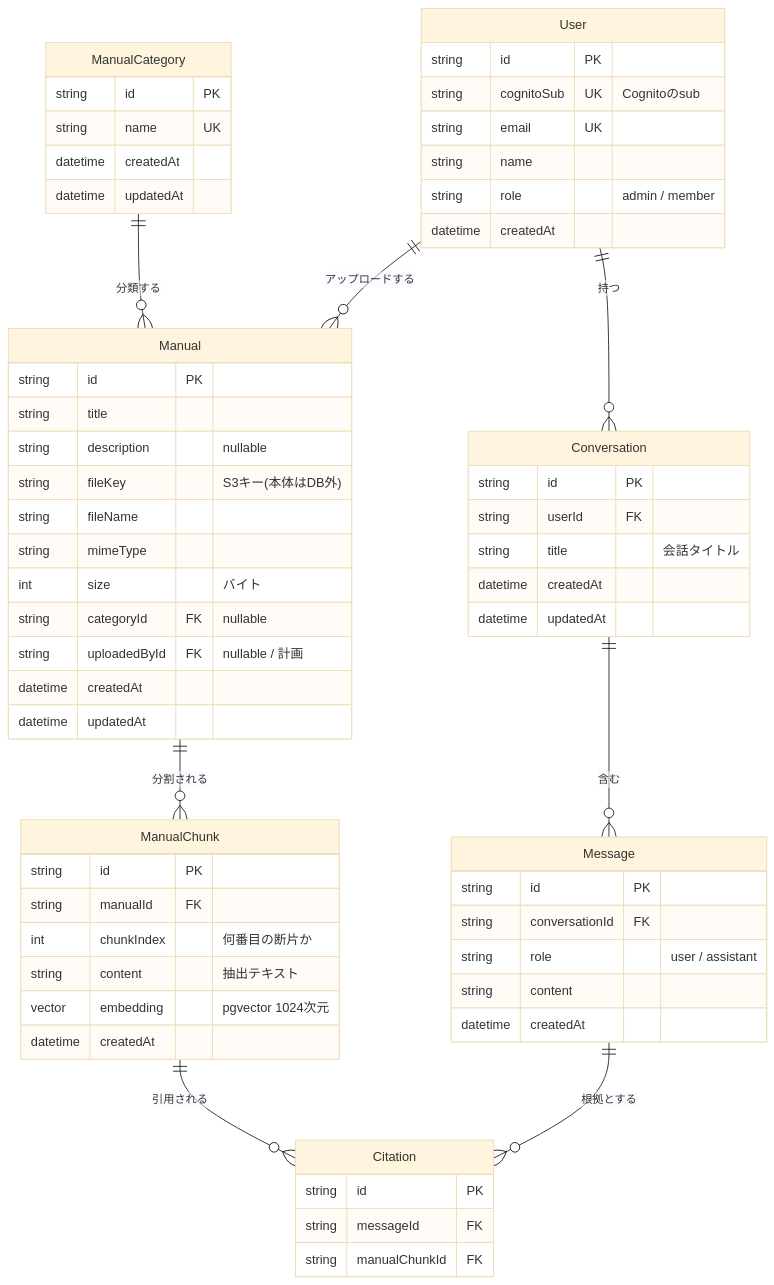
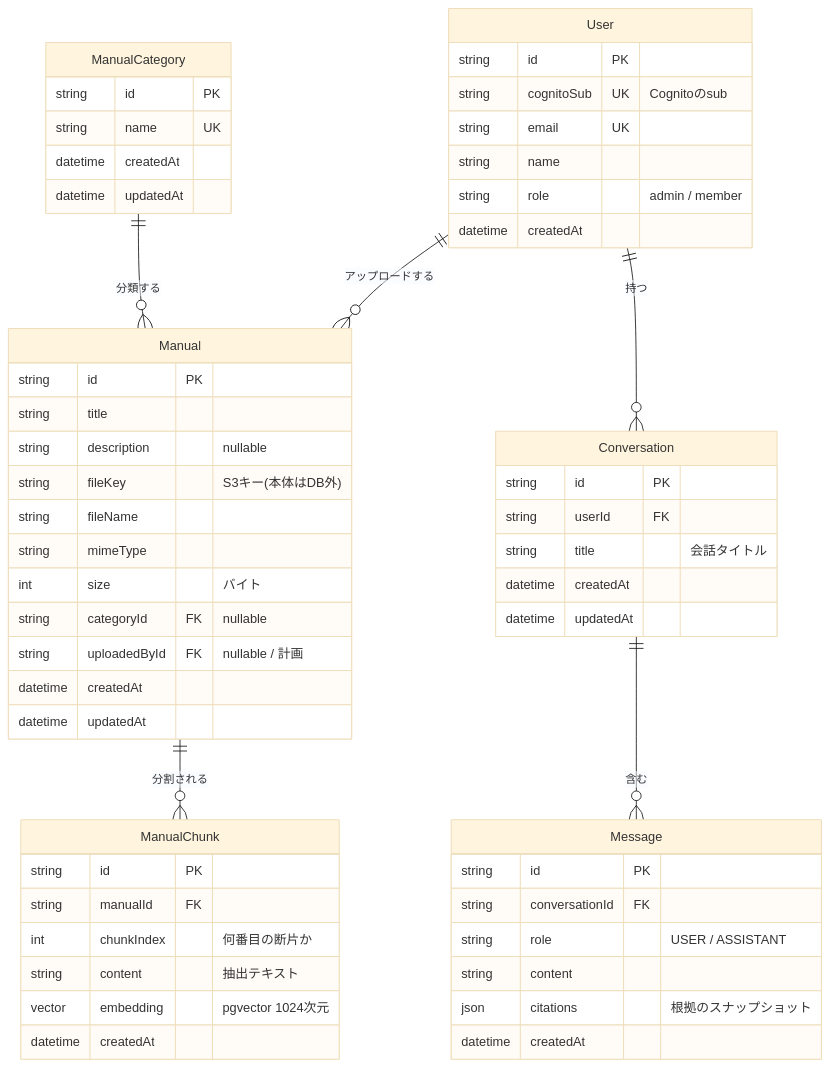
The diagram in docs/er-diagram.md (mocaluna0117/manual_search), drawn with Mermaid (base theme) before and after one commit. The commit also changed other lines of this file and 13 other files, not shown here.

````diff
--- a/docs/er-diagram.md
+++ b/docs/er-diagram.md
@@ -10,65 +11,59 @@
 ```mermaid
 erDiagram
     ManualCategory ||--o{ Manual : "分類する"
     Manual ||--o{ ManualChunk : "分割される"
     User ||--o{ Manual : "アップロードする"
     User ||--o{ Conversation : "持つ"
     Conversation ||--o{ Message : "含む"
-    Message ||--o{ Citation : "根拠とする"
-    ManualChunk ||--o{ Citation : "引用される"
 
     ManualCategory {
         string id PK
         string name UK
         datetime createdAt
         datetime updatedAt
     }
     Manual {
         string id PK
         string title
         string description "nullable"
         string fileKey "S3キー(本体はDB外)"
         string fileName
         string mimeType
         int size "バイト"
         string categoryId FK "nullable"
         string uploadedById FK "nullable / 計画"
         datetime createdAt
         datetime updatedAt
     }
     ManualChunk {
         string id PK
         string manualId FK
         int chunkIndex "何番目の断片か"
         string content "抽出テキスト"
         vector embedding "pgvector 1024次元"
         datetime createdAt
     }
     User {
         string id PK
         string cognitoSub UK "Cognitoのsub"
         string email UK
         string name
         string role "admin / member"
         datetime createdAt
     }
     Conversation {
         string id PK
         string userId FK
         string title "会話タイトル"
         datetime createdAt
         datetime updatedAt
     }
     Message {
         string id PK
         string conversationId FK
-        string role "user / assistant"
+        string role "USER / ASSISTANT"
         string content
+        json citations "根拠のスナップショット"
         datetime createdAt
     }
-    Citation {
-        string id PK
-        string messageId FK
-        string manualChunkId FK
-    }
 ```
````
